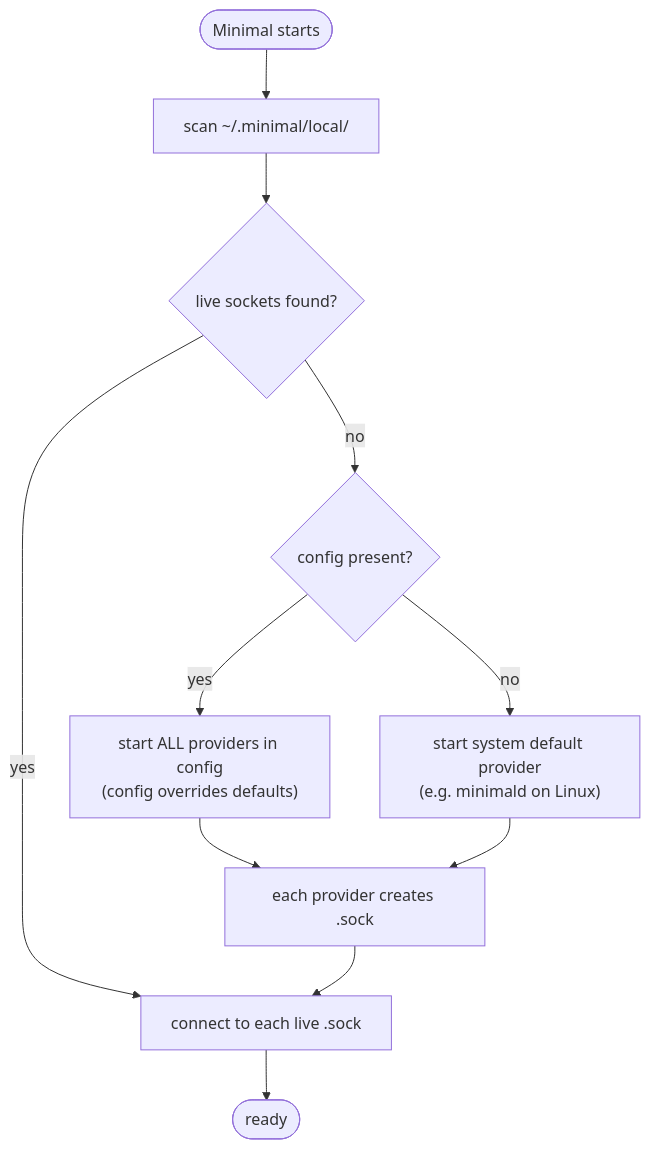
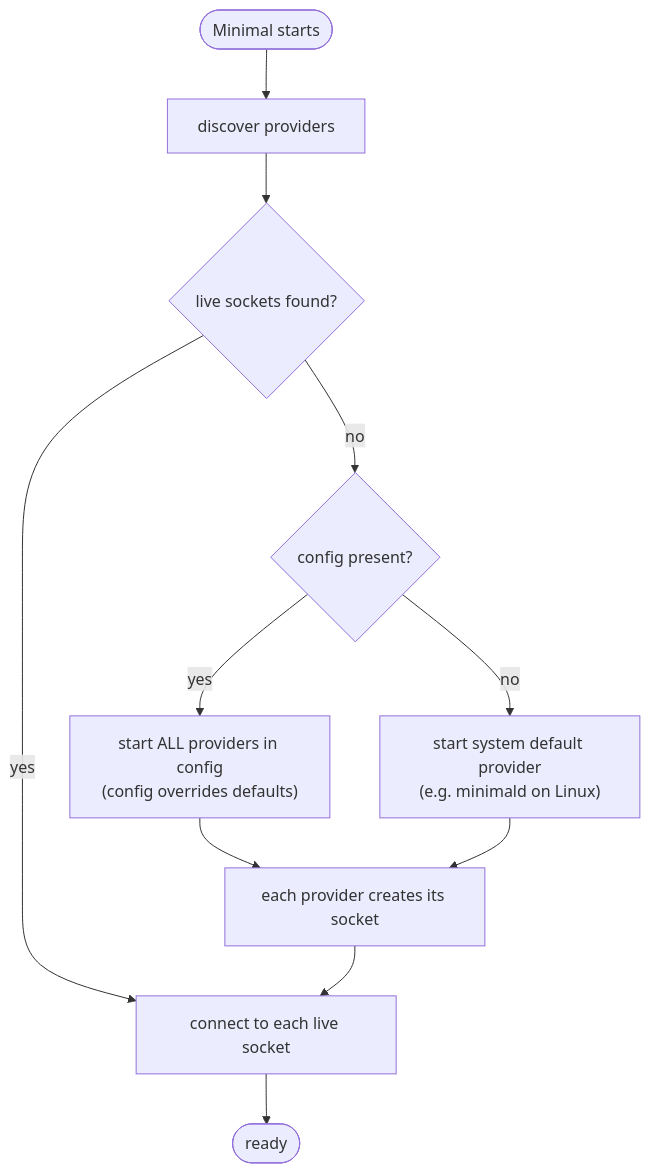
The fifth of 5 diagrams in docs/session-domain-diag.md (gominimal/minimal), drawn with Mermaid before and after one commit. The commit also changed other lines of this file, not shown here.

First line of the commit message:
docs(sessions): remove socket paths from domain model

````diff
--- a/docs/session-domain-diag.md
+++ b/docs/session-domain-diag.md
@@ -142,13 +140,13 @@
 ```mermaid
 flowchart TD
-    START([Minimal starts]) --> SCAN["scan ~/.minimal/local/"]
+    START([Minimal starts]) --> SCAN["discover providers"]
     SCAN --> Q{live sockets found?}
-    Q -- yes --> CONN["connect to each live <pid>.sock"]
+    Q -- yes --> CONN["connect to each live socket"]
     Q -- no --> HASCFG{config present?}
     HASCFG -- yes --> ALL["start ALL providers in config<br/>(config overrides defaults)"]
     HASCFG -- no --> DEF["start system default provider<br/>(e.g. minimald on Linux)"]
-    ALL --> MKSOCK["each provider creates <pid>.sock"]
+    ALL --> MKSOCK["each provider creates its socket"]
     DEF --> MKSOCK
     MKSOCK --> CONN
     CONN --> READY([ready])
 ```
````
